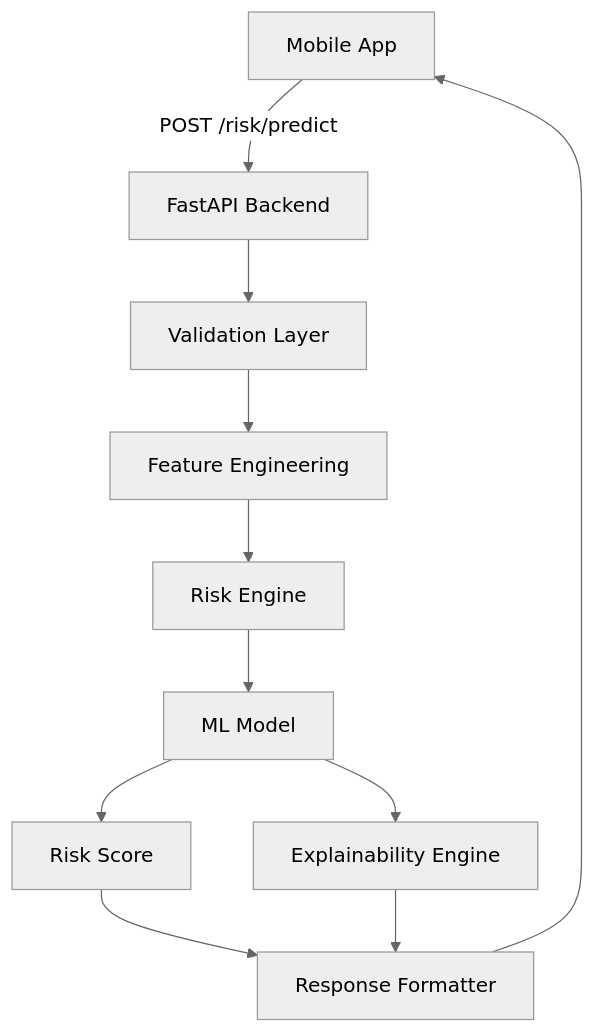
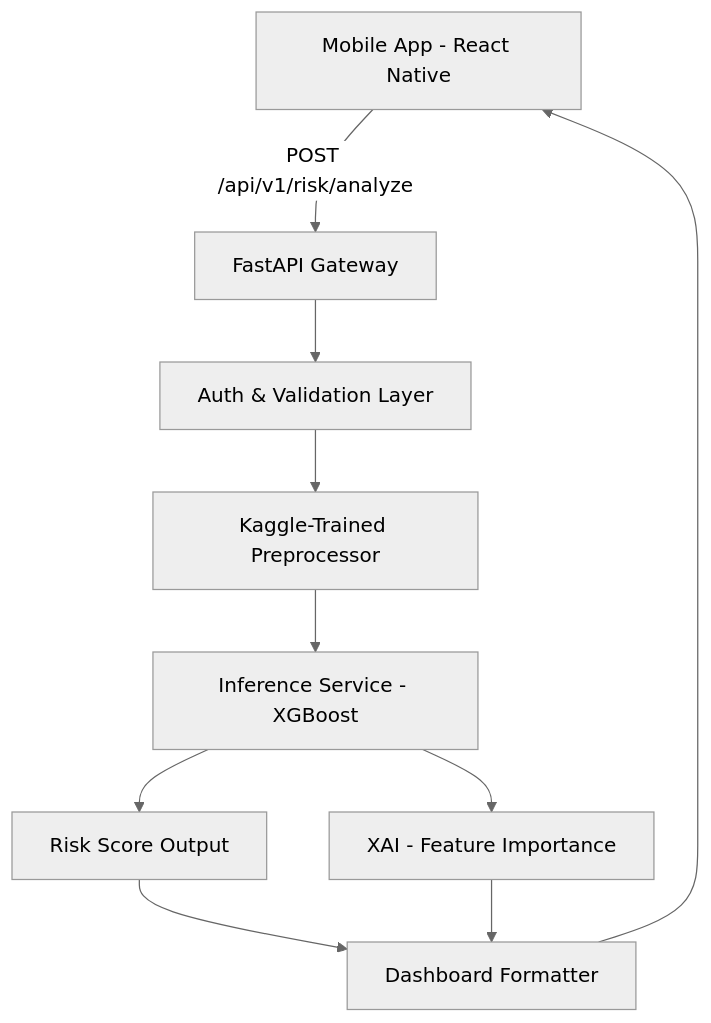
Before and after one commit to Mayank8159/credit_risk_app: the diagram in README.md, drawn with Mermaid (neutral theme). The commit also changed other lines of this file, not shown here.

`````diff
--- a/README.md
+++ b/README.md
@@ -40,13 +36,12 @@
 ```mermaid
 graph TD
-    A[Mobile App] -->|POST /risk/predict| B[FastAPI Backend]
-    B --> C[Validation Layer]
-    C --> D[Feature Engineering]
-    D --> E[Risk Engine]
-    E --> F[ML Model]
-    F --> G[Risk Score]
-    F --> H[Explainability Engine]
-    G --> I[Response Formatter]
-    H --> I
-    I --> A
-````
+    A[Mobile App - React Native] -->|POST /api/v1/risk/analyze| B[FastAPI Gateway]
+    B --> C[Auth & Validation Layer]
+    C --> D[Kaggle-Trained Preprocessor]
+    D --> E[Inference Service - XGBoost]
+    E --> F[Risk Score Output]
+    E --> G[XAI - Feature Importance]
+    F --> H[Dashboard Formatter]
+    G --> H
+    H --> A
+```
`````
